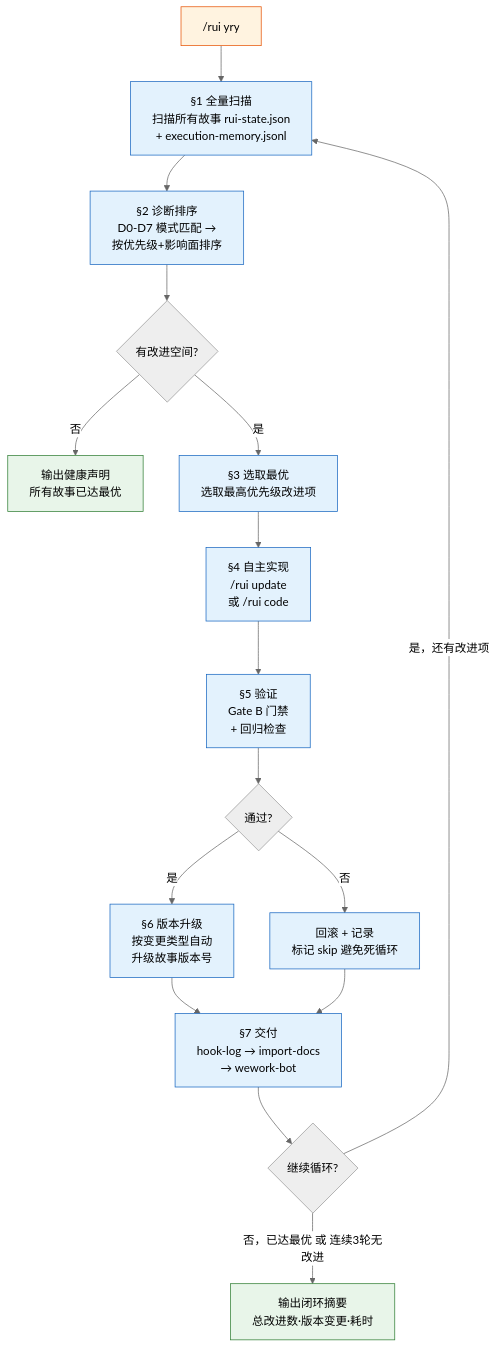
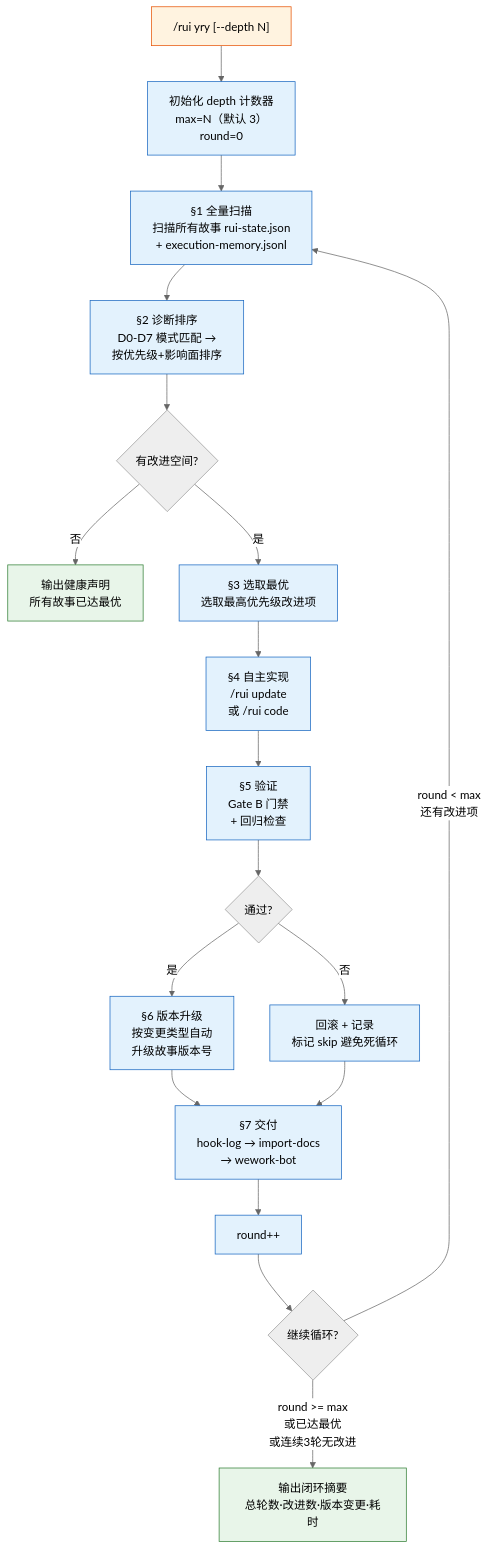
The ninth of 16 diagrams in skills/rui/SKILL.md (effiy/YrY), drawn with Mermaid (neutral theme) before and after one commit. The commit also changed other lines of this file and 1 other file, not shown here.

Commit message:
feat: yry 添加 --depth 参数控制自改进闭环次数
- --depth N 指定最大闭环轮数，默认 3
- depth <= 0 时仅扫描诊断不执行
- 终止优先级：深度上限 > 无改进空间 > 连续无效 > 用户中断 > 阻断

````diff
--- a/skills/rui/SKILL.md
+++ b/skills/rui/SKILL.md
@@ -495,22 +497,24 @@
 ```mermaid
 flowchart TD
-    START["/rui yry"]:::entry --> SCAN["§1 全量扫描<br/>扫描所有故事 rui-state.json<br/>+ execution-memory.jsonl"]:::s
+    START["/rui yry [--depth N]"]:::entry --> INIT["初始化 depth 计数器<br/>max=N（默认 3）<br/>round=0"]:::s
+    INIT --> SCAN["§1 全量扫描<br/>扫描所有故事 rui-state.json<br/>+ execution-memory.jsonl"]:::s
     SCAN --> DIAG["§2 诊断排序<br/>D0-D7 模式匹配 →<br/>按优先级+影响面排序"]:::s
     DIAG --> CHECK{"有改进空间?"}
     CHECK -->|"否"| DONE["输出健康声明<br/>所有故事已达最优"]:::out
     CHECK -->|"是"| PICK["§3 选取最优<br/>选取最高优先级改进项"]:::s
     PICK --> IMPL["§4 自主实现<br/>/rui update <name><br/>或 /rui code <name>"]:::s
     IMPL --> VERIFY["§5 验证<br/>Gate B 门禁<br/>+ 回归检查"]:::s
     VERIFY --> VER{"通过?"}
     VER -->|"是"| BUMP["§6 版本升级<br/>按变更类型自动<br/>升级故事版本号"]:::s
     VER -->|"否"| ROLLBACK["回滚 + 记录<br/>标记 skip 避免死循环"]:::s
     BUMP --> DELIVER["§7 交付<br/>hook-log → import-docs<br/>→ wework-bot"]:::s
     ROLLBACK --> DELIVER
-    DELIVER --> LOOP{"继续循环?"}
-    LOOP -->|"是，还有改进项"| SCAN
-    LOOP -->|"否，已达最优 或 连续3轮无改进"| END["输出闭环摘要<br/>总改进数·版本变更·耗时"]:::out
+    DELIVER --> INC["round++"]:::s
+    INC --> LOOP{"继续循环?"}
+    LOOP -->|"round < max<br/>还有改进项"| SCAN
+    LOOP -->|"round >= max<br/>或已达最优<br/>或连续3轮无改进"| END["输出闭环摘要<br/>总轮数·改进数·版本变更·耗时"]:::out
 
     classDef entry fill:#fff3e0,stroke:#e65100;
     classDef s fill:#e3f2fd,stroke:#1565c0;
     classDef out fill:#e8f5e9,stroke:#2e7d32;
 ```
````
